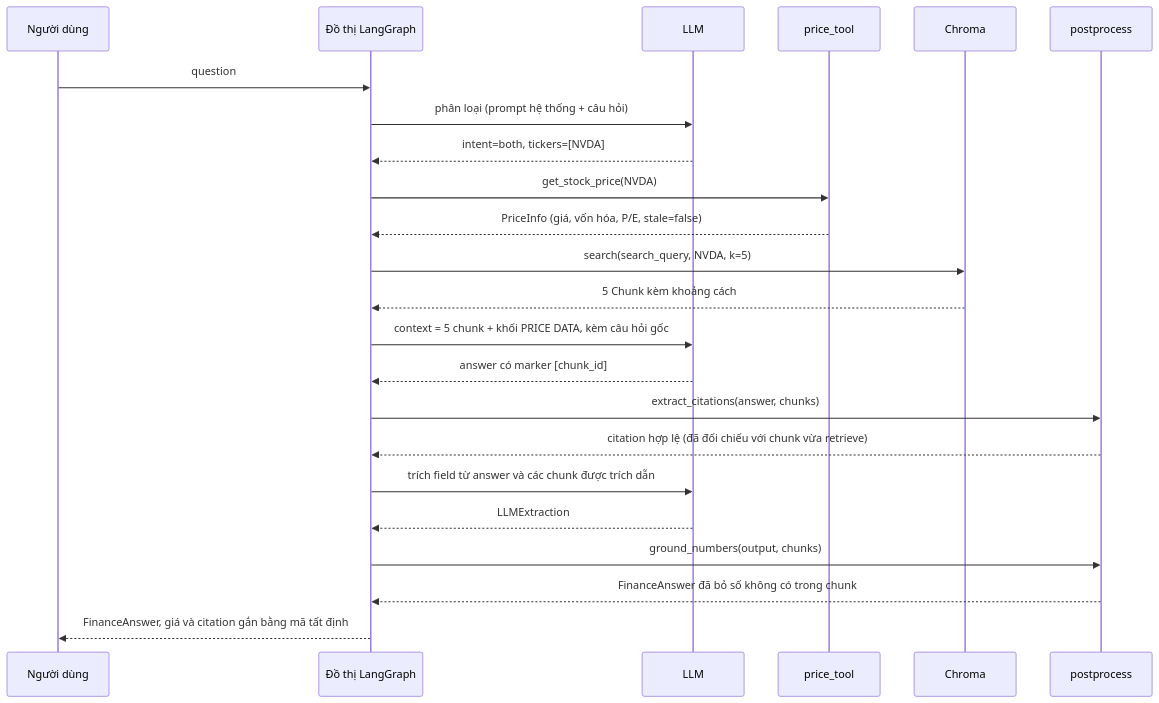
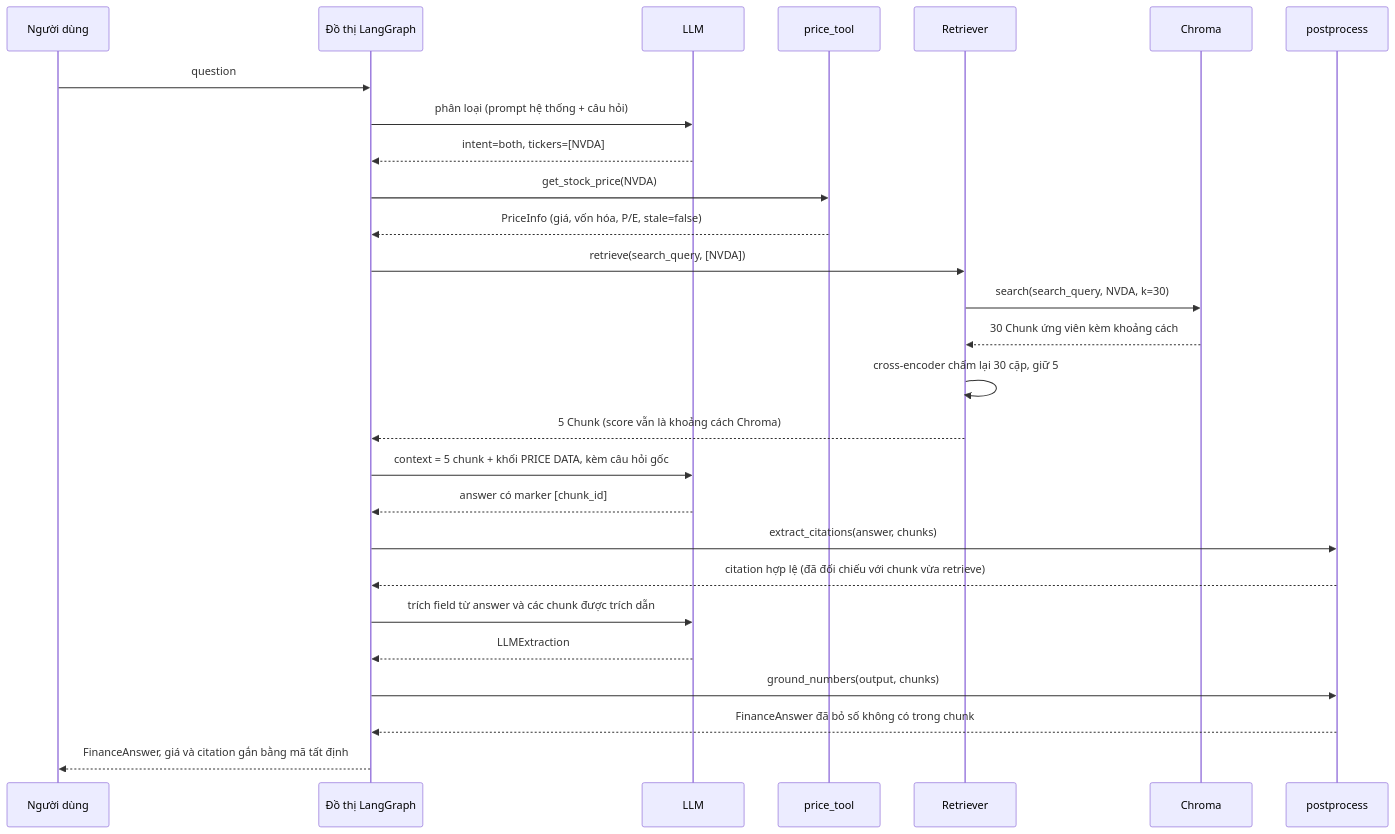
One commit to thanhpt-25/LangChain changed the fifth of 9 diagrams in docs/ARCHITECTURE.md. Above: the diagram before and after it, drawn with Mermaid. The commit also changed other lines of this file and 1 other file, not shown here.

````diff
--- a/docs/ARCHITECTURE.md
+++ b/docs/ARCHITECTURE.md
@@ -187,26 +197,30 @@
 ```mermaid
 sequenceDiagram
     participant U as Người dùng
     participant G as Đồ thị LangGraph
     participant L as LLM
     participant P as price_tool
+    participant R as Retriever
     participant V as Chroma
     participant X as postprocess
 
     U->>G: question
     G->>L: phân loại (prompt hệ thống + câu hỏi)
     L-->>G: intent=both, tickers=[NVDA]
     G->>P: get_stock_price(NVDA)
     P-->>G: PriceInfo (giá, vốn hóa, P/E, stale=false)
-    G->>V: search(search_query, NVDA, k=5)
-    V-->>G: 5 Chunk kèm khoảng cách
+    G->>R: retrieve(search_query, [NVDA])
+    R->>V: search(search_query, NVDA, k=30)
+    V-->>R: 30 Chunk ứng viên kèm khoảng cách
+    R->>R: cross-encoder chấm lại 30 cặp, giữ 5
+    R-->>G: 5 Chunk (score vẫn là khoảng cách Chroma)
     G->>L: context = 5 chunk + khối PRICE DATA, kèm câu hỏi gốc
     L-->>G: answer có marker [chunk_id]
     G->>X: extract_citations(answer, chunks)
     X-->>G: citation hợp lệ (đã đối chiếu với chunk vừa retrieve)
     G->>L: trích field từ answer và các chunk được trích dẫn
     L-->>G: LLMExtraction
     G->>X: ground_numbers(output, chunks)
     X-->>G: FinanceAnswer đã bỏ số không có trong chunk
     G-->>U: FinanceAnswer, giá và citation gắn bằng mã tất định
 ```
````
